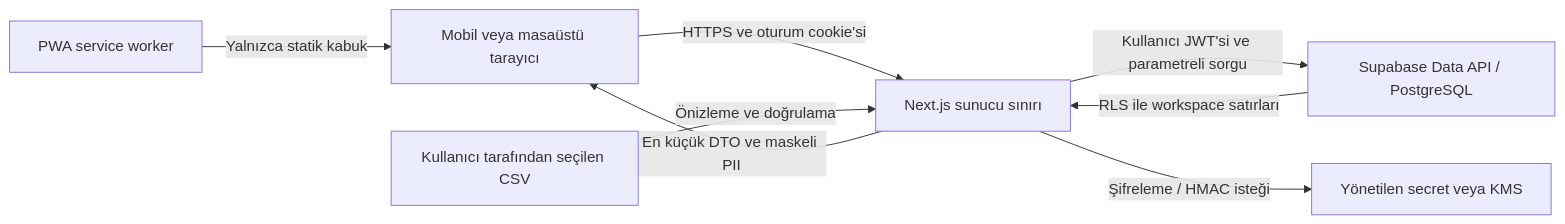
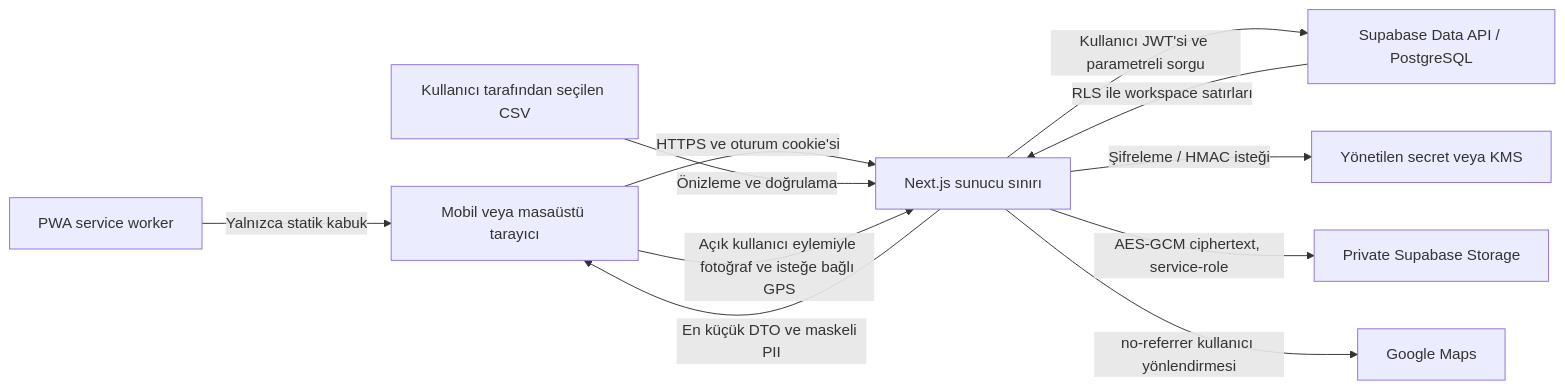
One commit to Caphura/portfoy-radar changed the diagram in docs/security/threat-model.md. Above: the diagram before and after it, drawn with Mermaid. The commit also changed other lines of this file and 95 other files, not shown here.

````diff
--- a/docs/security/threat-model.md
+++ b/docs/security/threat-model.md
@@ -43,10 +43,13 @@
 ```mermaid
 flowchart LR
     A["Mobil veya masaüstü tarayıcı"] -->|HTTPS ve oturum cookie'si| B["Next.js sunucu sınırı"]
     B -->|Kullanıcı JWT'si ve parametreli sorgu| C["Supabase Data API / PostgreSQL"]
     C -->|RLS ile workspace satırları| B
     B -->|En küçük DTO ve maskeli PII| A
     B -->|Şifreleme / HMAC isteği| D["Yönetilen secret veya KMS"]
     E["Kullanıcı tarafından seçilen CSV"] -->|Önizleme ve doğrulama| B
     F["PWA service worker"] -->|Yalnızca statik kabuk| A
+    A -->|Açık kullanıcı eylemiyle fotoğraf ve isteğe bağlı GPS| B
+    B -->|AES-GCM ciphertext, service-role| G["Private Supabase Storage"]
+    B -->|no-referrer kullanıcı yönlendirmesi| H["Google Maps"]
 ```
````
